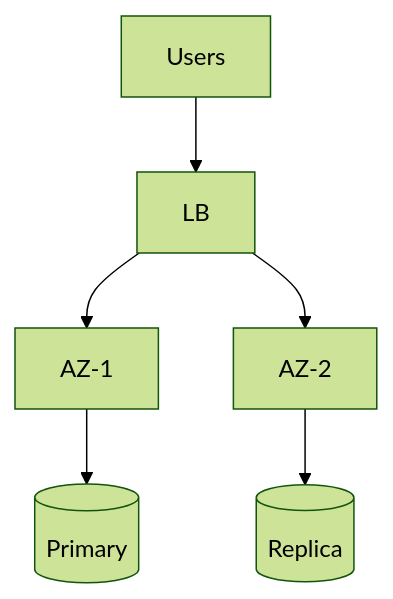
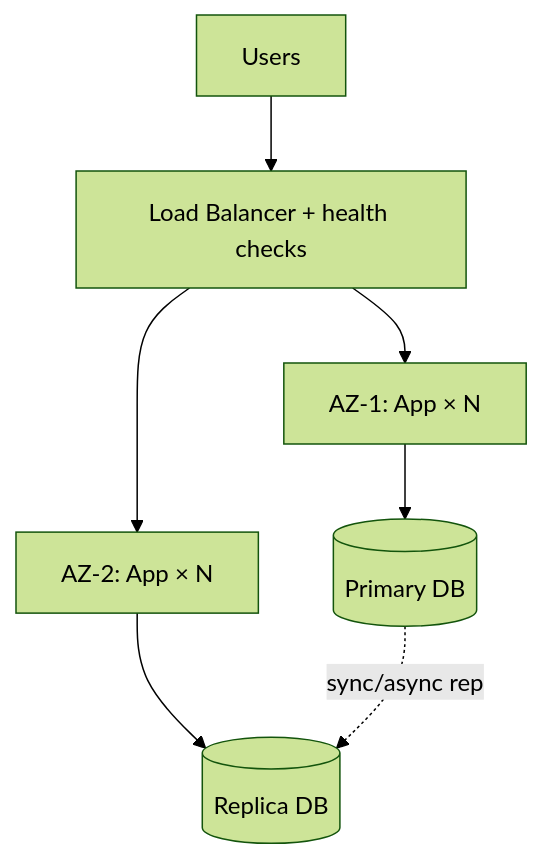
One commit to hareramcse/SystemDesign changed the eighth of 27 diagrams in 04-distributed-system/README.md. Above: the diagram before and after it, drawn with Mermaid (forest theme). The commit also changed other lines of this file and 14 other files, not shown here.

````diff
--- a/04-distributed-system/README.md
+++ b/04-distributed-system/README.md
@@ -305,8 +441,9 @@
 ```mermaid
 flowchart TB
-    Users --> LB
-    LB --> A1[AZ-1]
-    LB --> A2[AZ-2]
-    A1 --> DB1[(Primary)]
-    A2 --> DB2[(Replica)]
+    Users --> LB[Load Balancer + health checks]
+    LB --> A1[AZ-1: App × N]
+    LB --> A2[AZ-2: App × N]
+    A1 --> DB1[(Primary DB)]
+    A2 --> DB2[(Replica DB)]
+    DB1 -.->|sync/async rep| DB2
 ```
````
